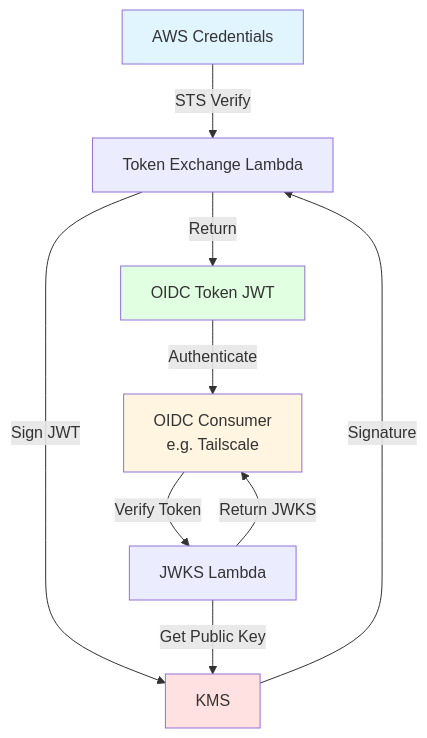
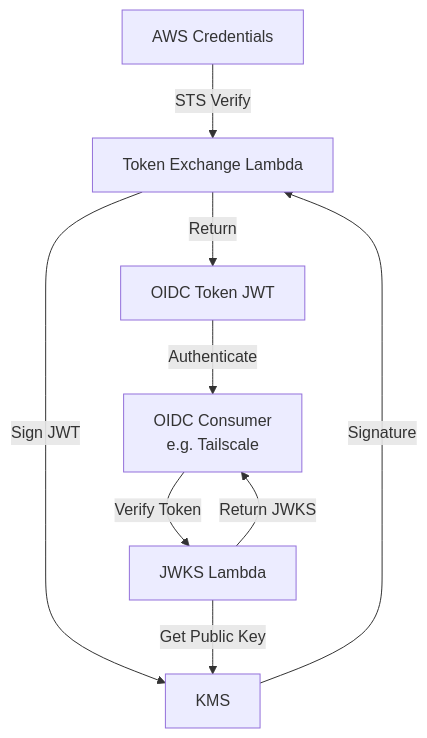
One commit to latacora/aws-oidc-workload-identity changed the diagram in README.md. Above: the diagram before and after it, drawn with Mermaid. The commit also changed 5 other files, not shown here.

First line of the commit message:
Make shell scripts shellcheck-clean and remove Mermaid styling

````diff
--- a/README.md
+++ b/README.md
@@ -29,16 +29,11 @@
 ```mermaid
 graph TB
     A[AWS Credentials] -->|STS Verify| B[Token Exchange Lambda]
     B -->|Sign JWT| C[KMS]
     C -->|Signature| B
     B -->|Return| D[OIDC Token JWT]
     D -->|Authenticate| E[OIDC Consumer<br/>e.g. Tailscale]
     E -->|Verify Token| F[JWKS Lambda]
     F -->|Get Public Key| C
     F -->|Return JWKS| E
-
-    style A fill:#e1f5ff
-    style C fill:#ffe1e1
-    style D fill:#e1ffe1
-    style E fill:#fff5e1
 ```
````
